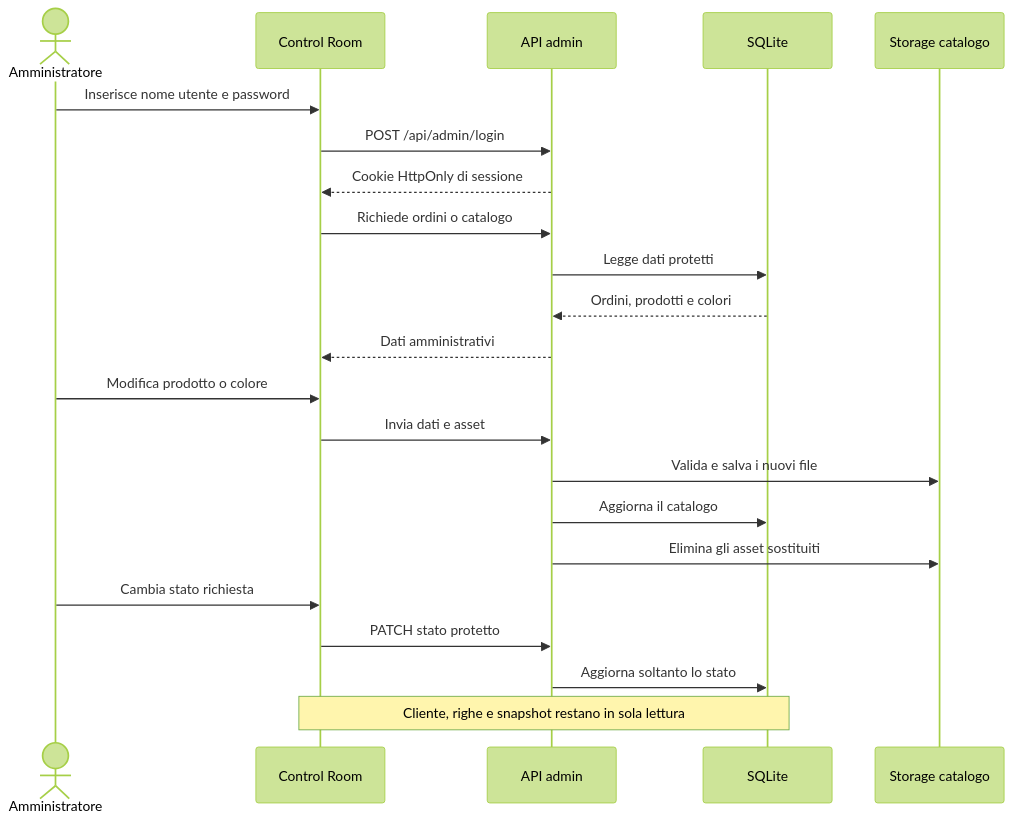
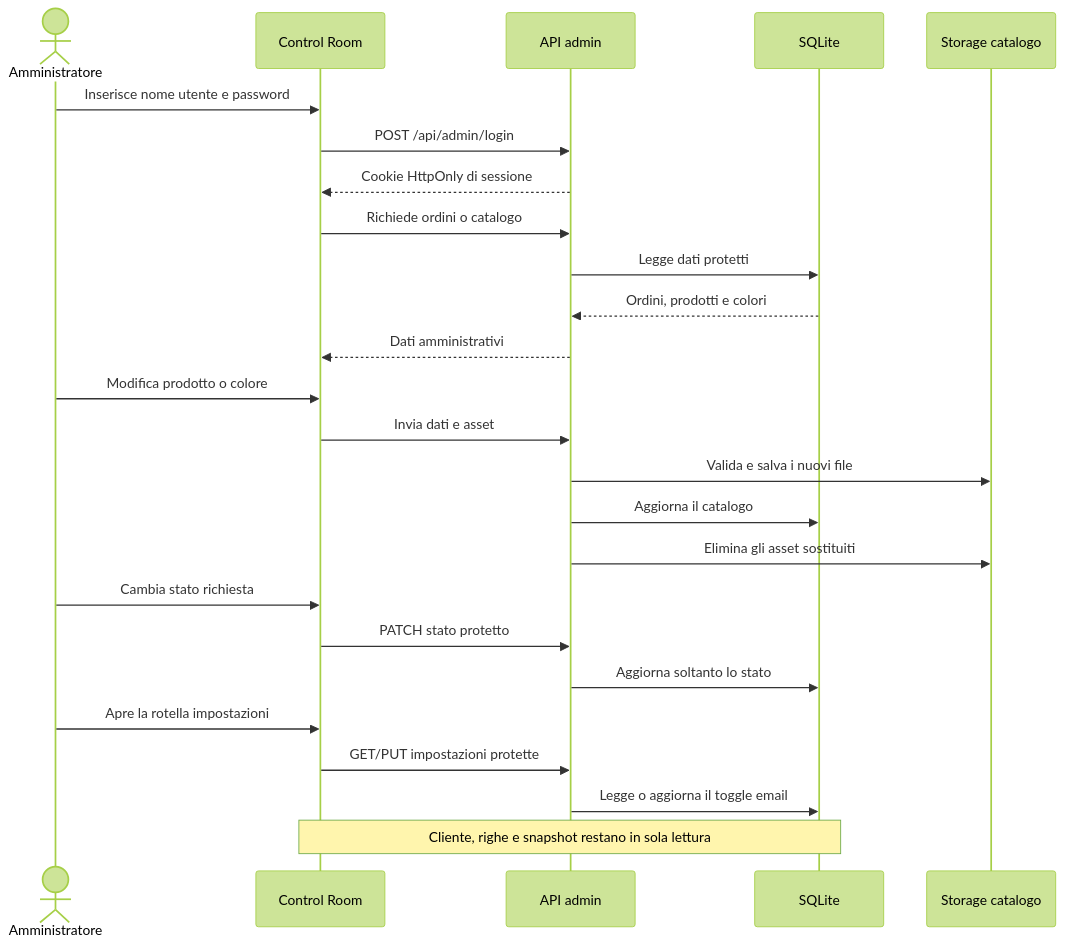
Before and after one commit to Moffoletta/pixel-print-lab: the fourth of 4 diagrams in docs/ARCHITETTURA.md, drawn with Mermaid (forest theme). The commit also changed other lines of this file and 23 other files, not shown here.

````diff
--- a/docs/ARCHITETTURA.md
+++ b/docs/ARCHITETTURA.md
@@ -158,25 +166,28 @@
 ```mermaid
 sequenceDiagram
   actor A as Amministratore
   participant P as Control Room
   participant E as API admin
   participant D as SQLite
   participant S as Storage catalogo
 
   A->>P: Inserisce nome utente e password
   P->>E: POST /api/admin/login
   E-->>P: Cookie HttpOnly di sessione
   P->>E: Richiede ordini o catalogo
   E->>D: Legge dati protetti
   D-->>E: Ordini, prodotti e colori
   E-->>P: Dati amministrativi
   A->>P: Modifica prodotto o colore
   P->>E: Invia dati e asset
   E->>S: Valida e salva i nuovi file
   E->>D: Aggiorna il catalogo
   E->>S: Elimina gli asset sostituiti
   A->>P: Cambia stato richiesta
   P->>E: PATCH stato protetto
   E->>D: Aggiorna soltanto lo stato
+  A->>P: Apre la rotella impostazioni
+  P->>E: GET/PUT impostazioni protette
+  E->>D: Legge o aggiorna il toggle email
   Note over P,D: Cliente, righe e snapshot restano in sola lettura
 ```
````
